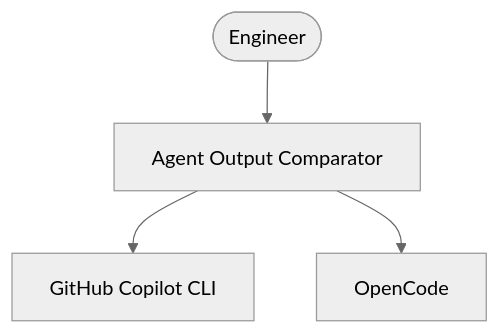
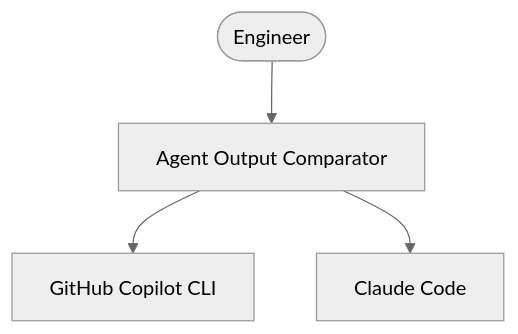
One commit to skubal55-ai/Agent_Output_Comparator changed the diagram in docs/architecture/diagrams/c4-level1-context.mmd. Above: the diagram before and after it, drawn with Mermaid (neutral theme). The commit also changed 52 other files, not shown here.

First line of the commit message:
Compare Copilot CLI with Claude Code CLI; add evalkit, research mode and example study

```diff
--- a/docs/architecture/diagrams/c4-level1-context.mmd
+++ b/docs/architecture/diagrams/c4-level1-context.mmd
@@ -1,9 +1,9 @@
 flowchart TB
     Engineer([Engineer])
     AgentOutputComparator[Agent Output Comparator]
     GitHubCopilotCLI[GitHub Copilot CLI]
-    OpenCode[OpenCode]
+    ClaudeCode[Claude Code]
     
     Engineer --> AgentOutputComparator
     AgentOutputComparator --> GitHubCopilotCLI
-    AgentOutputComparator --> OpenCode
+    AgentOutputComparator --> ClaudeCode
```
